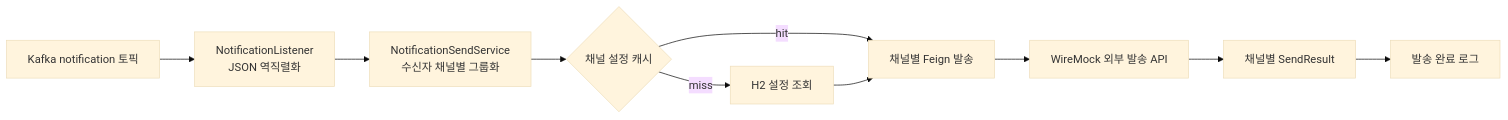
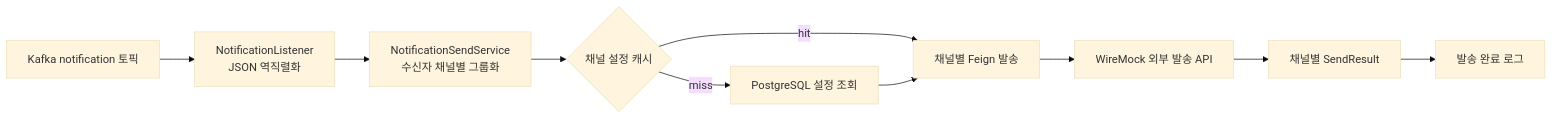
One commit to scofe97/notification-lab changed the first of 4 diagrams in apps/notification-service/docs/learning/UC-1-kafka-notification.md. Above: the diagram before and after it, drawn with Mermaid (base theme). The commit also changed other lines of this file and 5 other files, not shown here.

````diff
--- a/apps/notification-service/docs/learning/UC-1-kafka-notification.md
+++ b/apps/notification-service/docs/learning/UC-1-kafka-notification.md
@@ -75,12 +75,12 @@
 ```mermaid
 flowchart LR
     K["Kafka notification 토픽"] --> L["NotificationListener<br/>JSON 역직렬화"]
     L --> S["NotificationSendService<br/>수신자 채널별 그룹화"]
     S --> C{"채널 설정 캐시"}
     C -->|hit| F["채널별 Feign 발송"]
-    C -->|miss| D["H2 설정 조회"]
+    C -->|miss| D["PostgreSQL 설정 조회"]
     D --> F
     F --> W["WireMock 외부 발송 API"]
     W --> R["채널별 SendResult"]
     R --> I["발송 완료 로그"]
 ```
````
